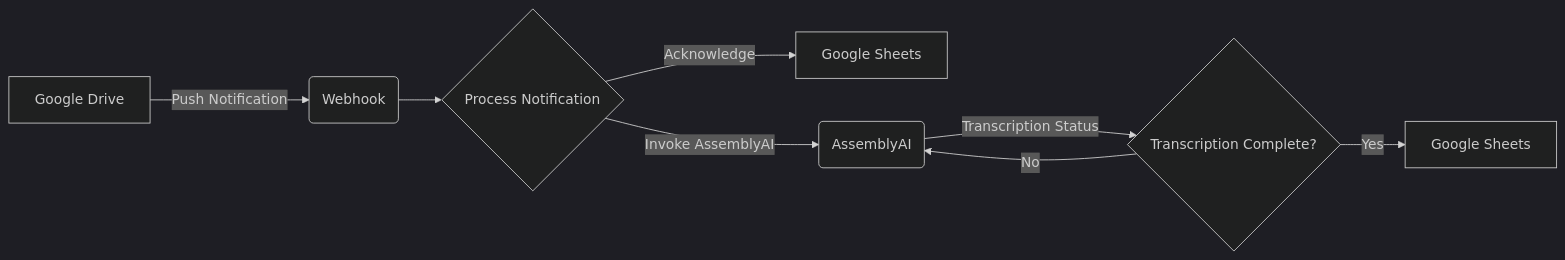
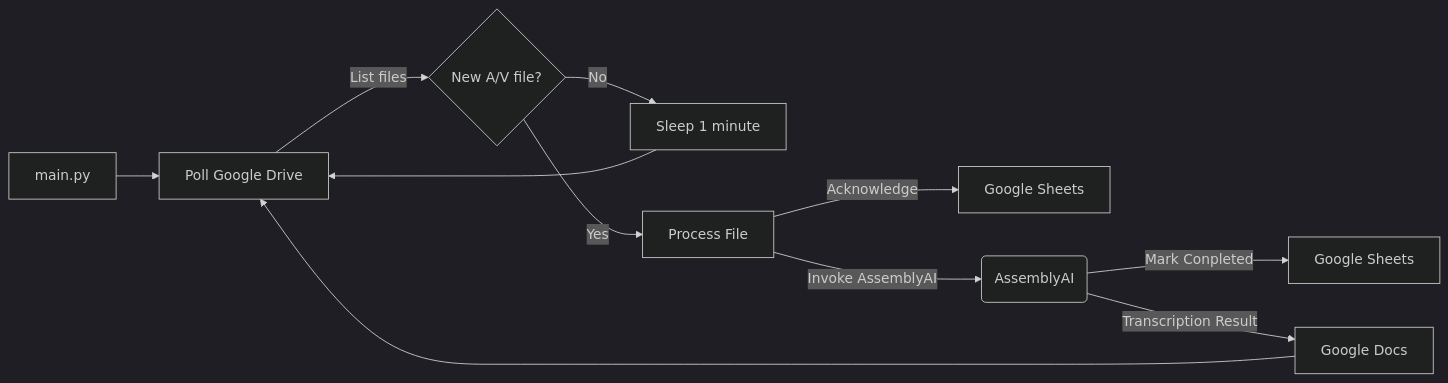
The diagram in README.md (joshknopp/scriblime), drawn with Mermaid (dark theme) before and after one commit. The commit also changed other lines of this file, not shown here.

````diff
--- a/README.md
+++ b/README.md
@@ -18,10 +16,13 @@
 ```mermaid
 graph LR
-    A[Google Drive] -->|Push Notification| B(Webhook)
-    B --> C{Process Notification}
+    J[main.py] --> A
+    A[Poll Google Drive] -->|List files| B{New A/V file?}
+    B -->|No| I[Sleep 1 minute]
+    B -->|Yes| C[Process File]
+    I --> A
     C -->|Acknowledge| D[Google Sheets]
     C -->|Invoke AssemblyAI| E(AssemblyAI)
-    E -->|Transcription Status| F{Transcription Complete?}
-    F -->|Yes| G[Google Sheets]
-    F -->|No| E
+    E -->|Mark Conpleted| G[Google Sheets]
+    E -->|Transcription Result| H[Google Docs]
+    H --> A
 ```
````
